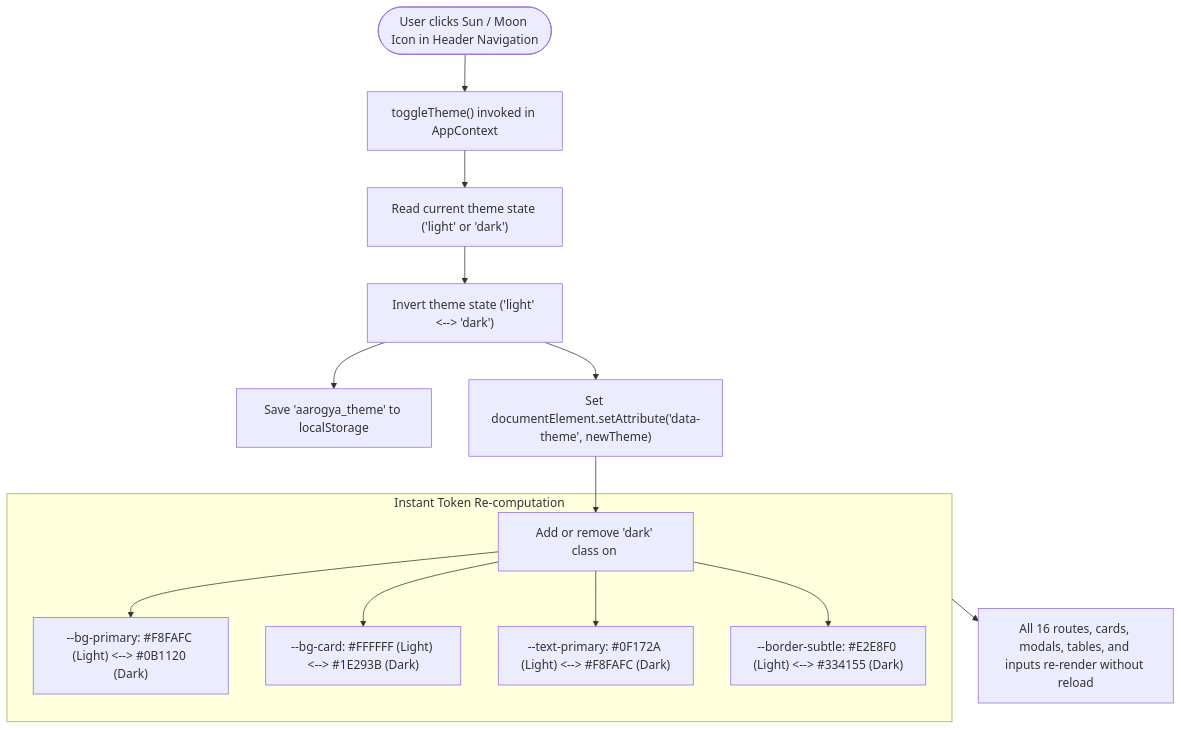
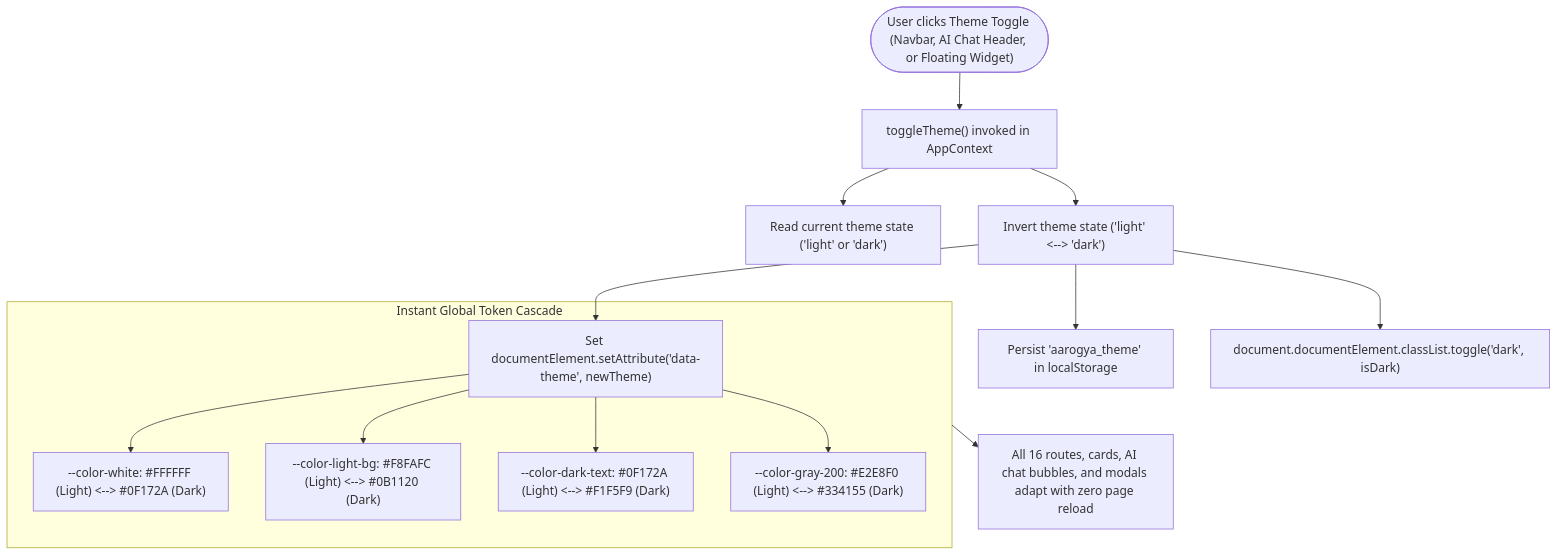
One commit to JD-codestar/AarogyaLocker changed the sixth of 6 diagrams in README.md. Above: the diagram before and after it, drawn with Mermaid. The commit also changed other lines of this file and 2 other files, not shown here.

Commit message:
docs: comprehensive README update with dark mode, AI triage, Tricity network, and deployment guide

````diff
--- a/README.md
+++ b/README.md
@@ -252,19 +245,19 @@
 ```mermaid
 flowchart TD
-    ThemeAction(["User clicks Sun / Moon Icon in Header Navigation"]) --> ToggleCall["toggleTheme() invoked in AppContext"]
+    TriggerTheme(["User clicks Theme Toggle (Navbar, AI Chat Header, or Floating Widget)"]) --> ToggleCall["toggleTheme() invoked in AppContext"]
     ToggleCall --> ReadCurrent["Read current theme state ('light' or 'dark')"]
-    ReadCurrent --> FlipTheme["Invert theme state ('light' <--> 'dark')"]
+    ToggleCall --> InvertTheme["Invert theme state ('light' <--> 'dark')"]
     
-    FlipTheme --> StoreStorage["Save 'aarogya_theme' to localStorage"]
-    FlipTheme --> UpdateDOM["Set documentElement.setAttribute('data-theme', newTheme)"]
-    UpdateDOM --> ToggleClass["Add or remove 'dark' class on <html>"]
+    InvertTheme --> SaveStorage["Persist 'aarogya_theme' in localStorage"]
+    InvertTheme --> UpdateAttr["Set documentElement.setAttribute('data-theme', newTheme)"]
+    InvertTheme --> UpdateClass["document.documentElement.classList.toggle('dark', isDark)"]
     
-    subgraph CSSVariableCascade ["Instant Token Re-computation"]
-        ToggleClass --> UpdateBG["--bg-primary: #F8FAFC (Light) <--> #0B1120 (Dark)"]
-        ToggleClass --> UpdateCard["--bg-card: #FFFFFF (Light) <--> #1E293B (Dark)"]
-        ToggleClass --> UpdateText["--text-primary: #0F172A (Light) <--> #F8FAFC (Dark)"]
-        ToggleClass --> UpdateBorder["--border-subtle: #E2E8F0 (Light) <--> #334155 (Dark)"]
+    subgraph CSSVariableCascade ["Instant Global Token Cascade"]
+        UpdateAttr --> VarWhite["--color-white: #FFFFFF (Light) <--> #0F172A (Dark)"]
+        UpdateAttr --> VarBG["--color-light-bg: #F8FAFC (Light) <--> #0B1120 (Dark)"]
+        UpdateAttr --> VarText["--color-dark-text: #0F172A (Light) <--> #F1F5F9 (Dark)"]
+        UpdateAttr --> VarBorder["--color-gray-200: #E2E8F0 (Light) <--> #334155 (Dark)"]
     end
     
-    CSSVariableCascade --> UIComplete["All 16 routes, cards, modals, tables, and inputs re-render without reload"]
+    CSSVariableCascade --> UIComplete["All 16 routes, cards, AI chat bubbles, and modals adapt with zero page reload"]
 ```
````
